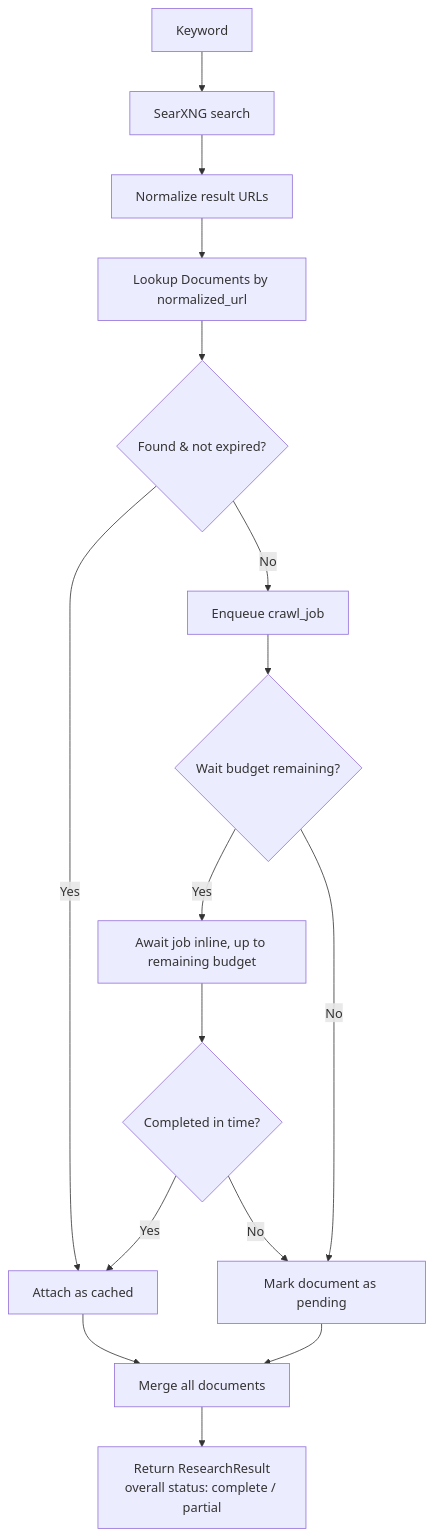
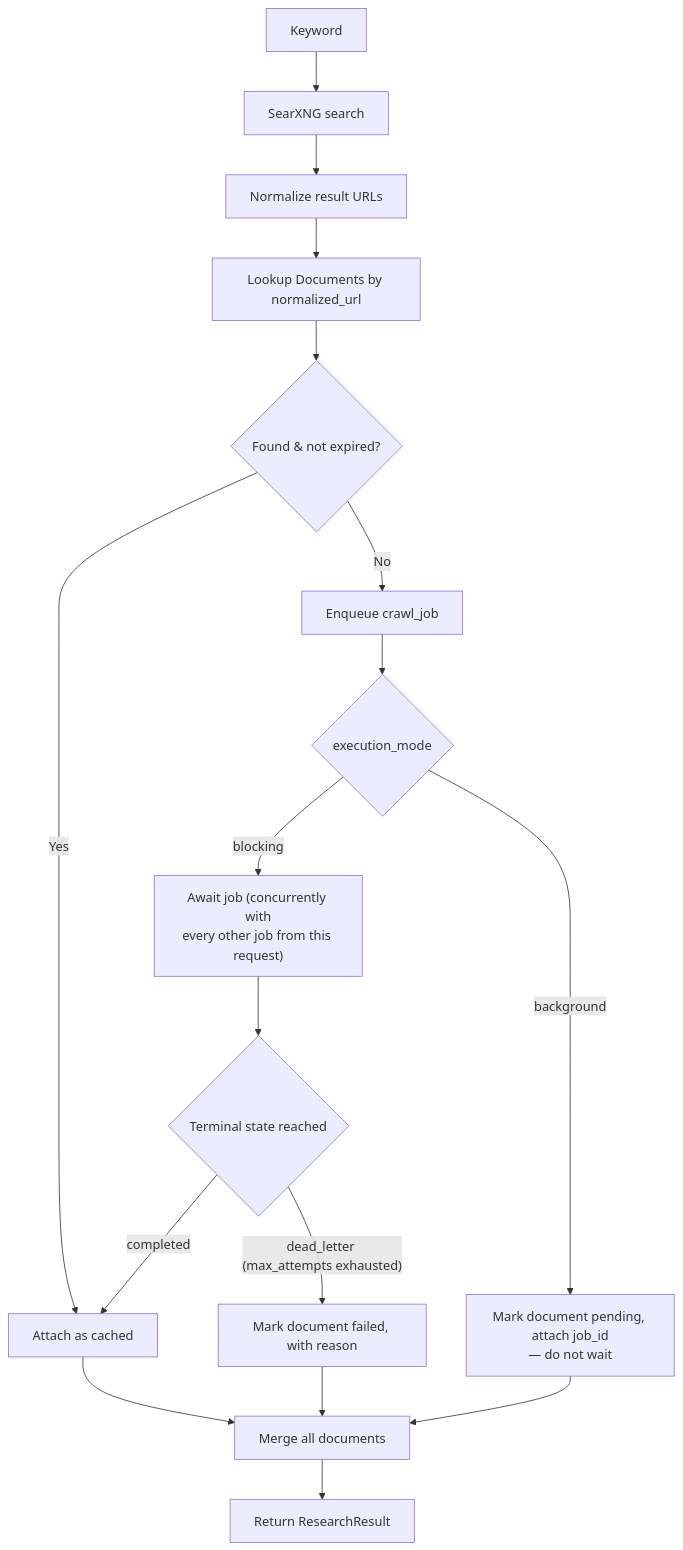
Before and after one commit to xzsean666/Deep-Research-Backend: the second of 3 diagrams in docs/ARCHITECTURE.md, drawn with Mermaid. The commit also changed other lines of this file and 2 other files, not shown here.

First line of the commit message:
docs: make research execution mode explicit (blocking vs background)

````diff
--- a/docs/ARCHITECTURE.md
+++ b/docs/ARCHITECTURE.md
@@ -90,18 +90,19 @@
 ```mermaid
 flowchart TD
     A[Keyword] --> B[SearXNG search]
     B --> C[Normalize result URLs]
     C --> D[Lookup Documents by normalized_url]
     D --> E{Found & not expired?}
     E -->|Yes| F[Attach as cached]
     E -->|No| G[Enqueue crawl_job]
-    G --> H{Wait budget remaining?}
-    H -->|Yes| I[Await job inline, up to remaining budget]
-    H -->|No| J[Mark document as pending]
-    I --> K{Completed in time?}
-    K -->|Yes| F
-    K -->|No| J
+    G --> X{execution_mode}
+    X -->|blocking| I["Await job (concurrently with\nevery other job from this request)"]
+    X -->|background| P["Mark document pending, attach job_id\n— do not wait"]
+    I --> K{Terminal state reached}
+    K -->|completed| F
+    K -->|"dead_letter (max_attempts exhausted)"| J[Mark document failed, with reason]
     F --> L[Merge all documents]
     J --> L
-    L --> M[Return ResearchResult\noverall status: complete / partial]
+    P --> L
+    L --> M[Return ResearchResult]
 ```
````
